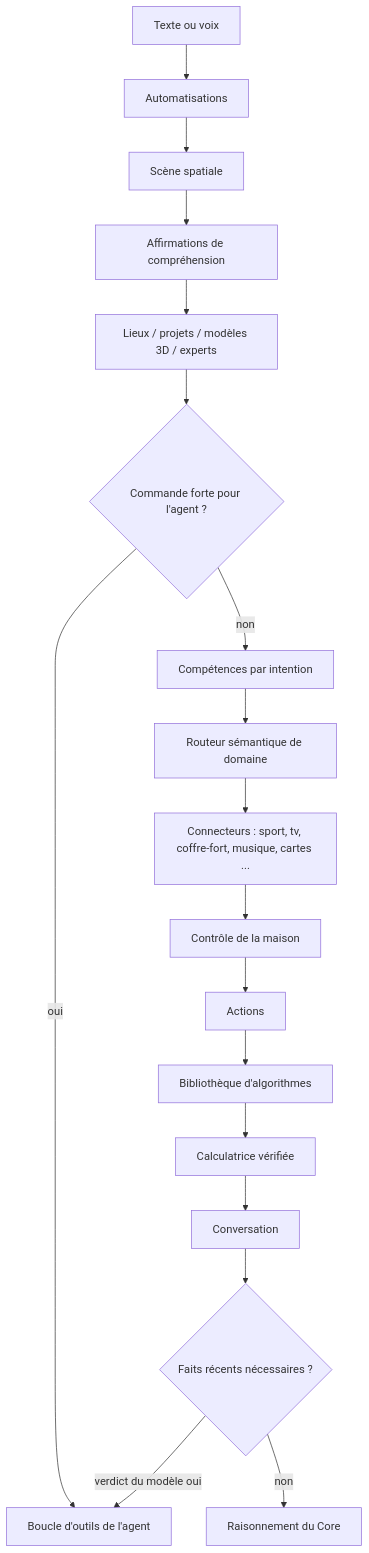
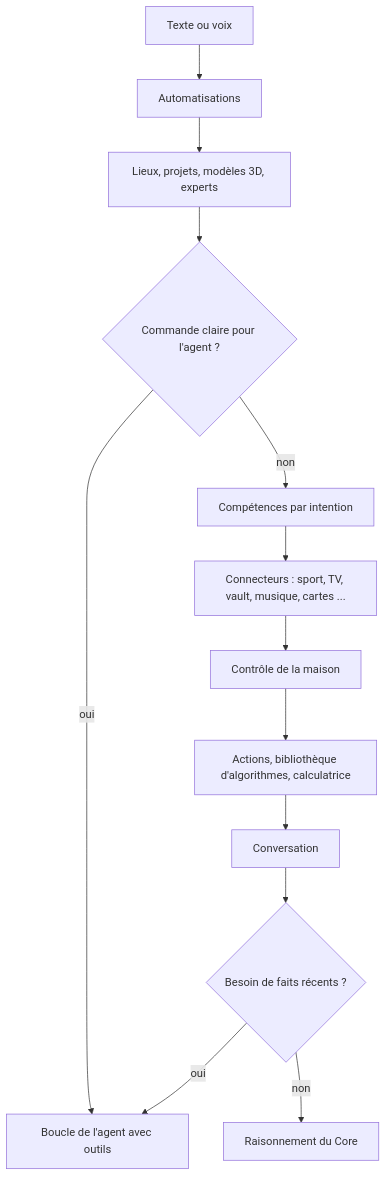
One commit to AprileNunzio/Nuxiva changed the second of 2 diagrams in README_FR.md. Above: the diagram before and after it, drawn with Mermaid. The commit also changed other lines of this file and 1 other file, not shown here.

````diff
--- a/README_FR.md
+++ b/README_FR.md
@@ -246,20 +150,15 @@
 ```mermaid
 flowchart TD
     T[Texte ou voix] --> A1[Automatisations]
-    A1 --> A2[Scène spatiale]
-    A2 --> A3[Affirmations de compréhension]
-    A3 --> A4[Lieux / projets / modèles 3D / experts]
-    A4 --> A5{Commande forte pour l'agent ?}
-    A5 -- oui --> AG[Boucle d'outils de l'agent]
-    A5 -- non --> A6[Compétences par intention]
-    A6 --> A7[Routeur sémantique de domaine]
-    A7 --> A8[Connecteurs : sport, tv, coffre-fort, musique, cartes ...]
-    A8 --> A9[Contrôle de la maison]
-    A9 --> A10[Actions]
-    A10 --> A11[Bibliothèque d'algorithmes]
-    A11 --> A12[Calculatrice vérifiée]
-    A12 --> CV[Conversation]
-    CV --> G{Faits récents nécessaires ?}
-    G -- verdict du modèle oui --> AG
+    A1 --> A2[Lieux, projets, modèles 3D, experts]
+    A2 --> A3{Commande claire pour l'agent ?}
+    A3 -- oui --> AG[Boucle de l'agent avec outils]
+    A3 -- non --> A4[Compétences par intention]
+    A4 --> A5[Connecteurs : sport, TV, vault, musique, cartes ...]
+    A5 --> A6[Contrôle de la maison]
+    A6 --> A7[Actions, bibliothèque d'algorithmes, calculatrice]
+    A7 --> CV[Conversation]
+    CV --> G{Besoin de faits récents ?}
+    G -- oui --> AG
     G -- non --> CORE[Raisonnement du Core]
 ```
````
